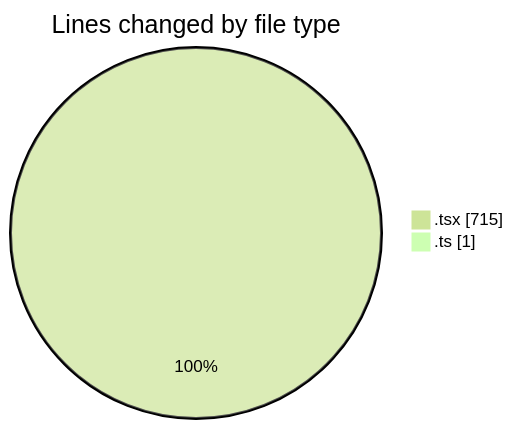
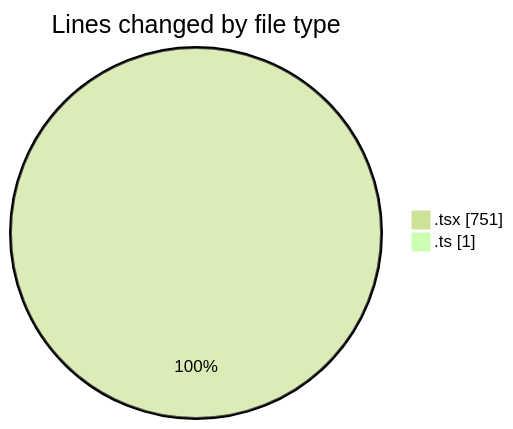
The first of 2 diagrams in 2025-03-08/mbc-web/README.md (robertbonfada/code-tracking), drawn with Mermaid (forest theme) before and after one commit. The commit also changed other lines of this file and 1 other file, not shown here.

````diff
--- a/2025-03-08/mbc-web/README.md
+++ b/2025-03-08/mbc-web/README.md
@@ -25,6 +25,6 @@
 ```mermaid
 pie showData
 title Lines changed by file type
-".tsx" : 715
+".tsx" : 751
 ".ts" : 1
 ```
````
